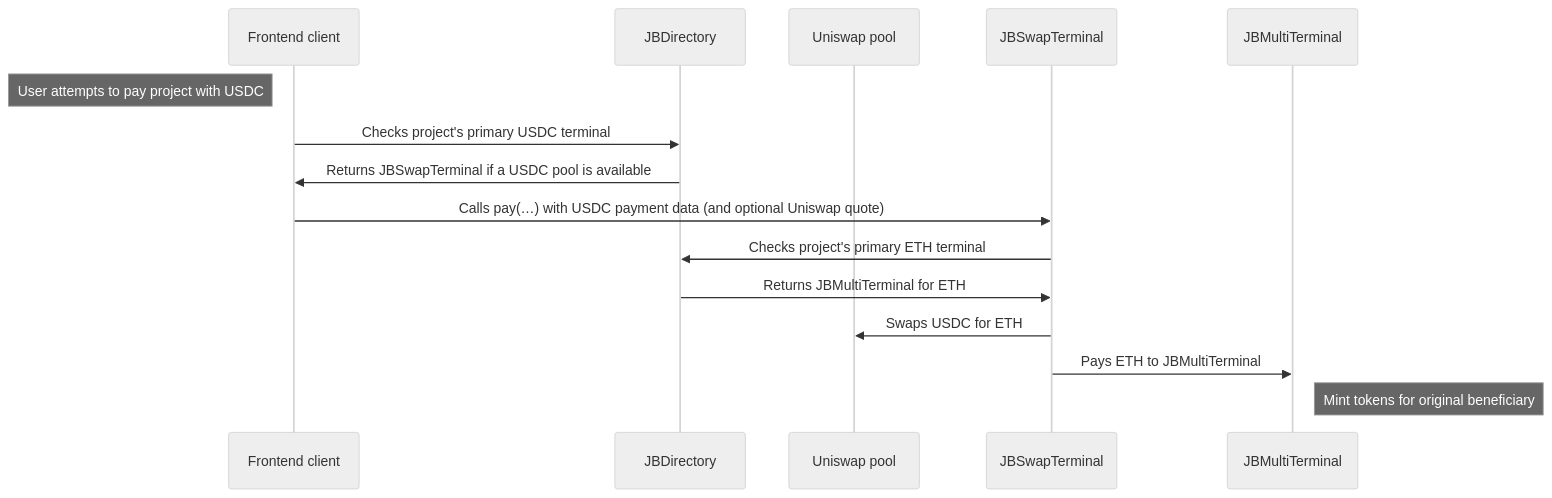
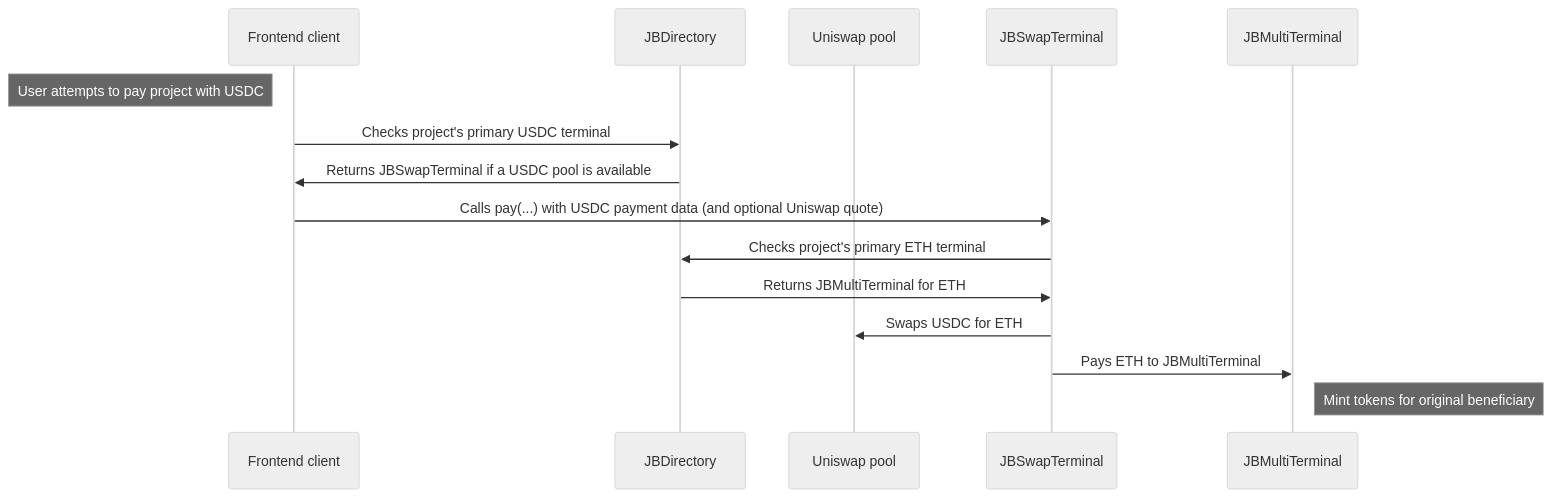
One commit to Bananapus/nana-swap-terminal-v5 changed the diagram in README.md. Above: the diagram before and after it, drawn with Mermaid (neutral theme). The commit also changed other lines of this file and 1 other file, not shown here.

````diff
--- a/README.md
+++ b/README.md
@@ -153,17 +23,17 @@
 ```mermaid
 sequenceDiagram
     participant Frontend client
     participant JBDirectory
     participant Uniswap pool
     participant JBSwapTerminal
     participant JBMultiTerminal
     Note left of Frontend client: User attempts to pay project with USDC
     Frontend client->>JBDirectory: Checks project's primary USDC terminal
     JBDirectory->>Frontend client: Returns JBSwapTerminal if a USDC pool is available
-    Frontend client->>JBSwapTerminal: Calls pay(…) with USDC payment data (and optional Uniswap quote)
-    JBSwapTerminal->>JBDirectory: Checks project's primary ETH terminal 
+    Frontend client->>JBSwapTerminal: Calls pay(...) with USDC payment data (and optional Uniswap quote)
+    JBSwapTerminal->>JBDirectory: Checks project's primary ETH terminal
     JBDirectory->>JBSwapTerminal: Returns JBMultiTerminal for ETH
     JBSwapTerminal->>Uniswap pool: Swaps USDC for ETH
     JBSwapTerminal->>JBMultiTerminal: Pays ETH to JBMultiTerminal
     Note right of JBMultiTerminal: Mint tokens for original beneficiary
 ```
````
